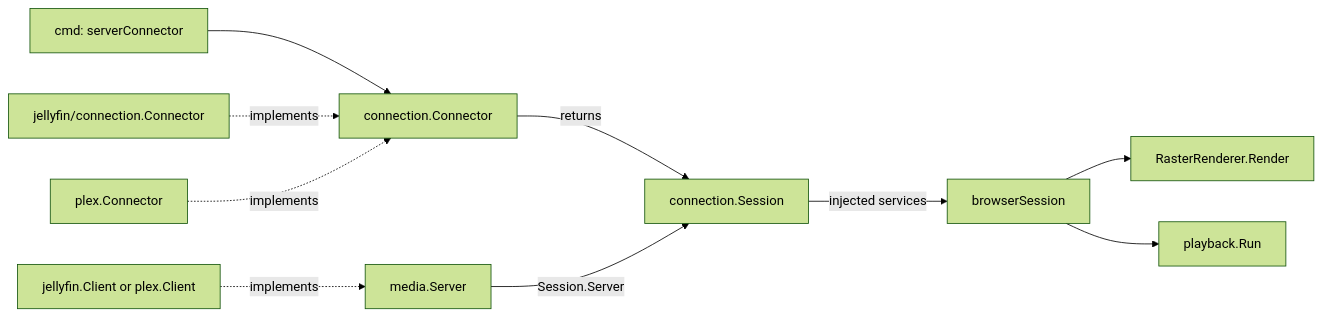
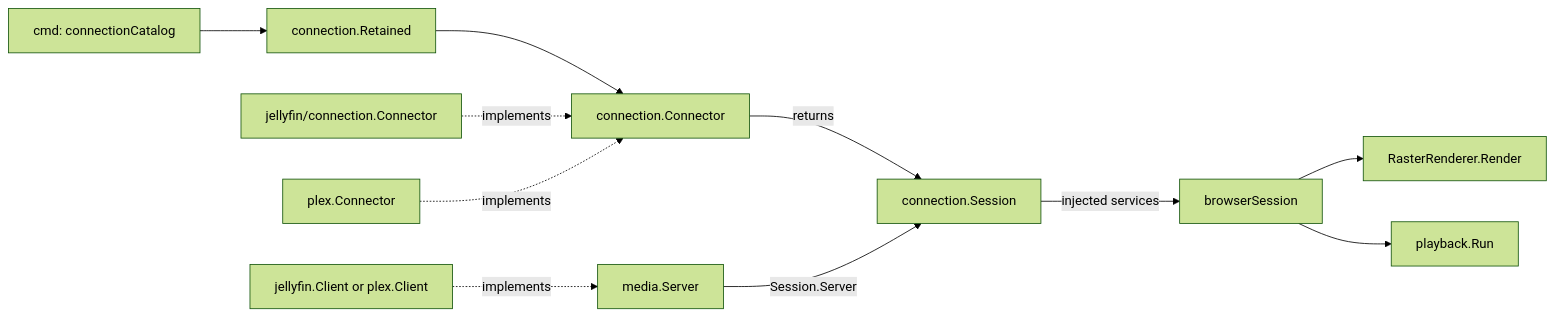
The first of 3 diagrams in docs/GO_RENDERING.md (trentnix/misterfin-crt), drawn with Mermaid (forest theme) before and after one commit. The commit also changed other lines of this file and 80 other files, not shown here.

````diff
--- a/docs/GO_RENDERING.md
+++ b/docs/GO_RENDERING.md
@@ -9,12 +11,13 @@
 ```mermaid
 flowchart LR
-    App["cmd: serverConnector"] --> Connector["connection.Connector"]
+    App["cmd: connectionCatalog"] --> Retained["connection.Retained"]
+    Retained --> Connector["connection.Connector"]
     JF["jellyfin/connection.Connector"] -. implements .-> Connector
     Plex["plex.Connector"] -. implements .-> Connector
     Connector -->|returns| Session["connection.Session"]
     Session -->|injected services| Browser["browserSession"]
     Client["jellyfin.Client or plex.Client"] -. implements .-> Server["media.Server"]
     Server -->|Session.Server| Session
     Browser --> Renderer["RasterRenderer.Render"]
     Browser --> Playback["playback.Run"]
 ```
````
